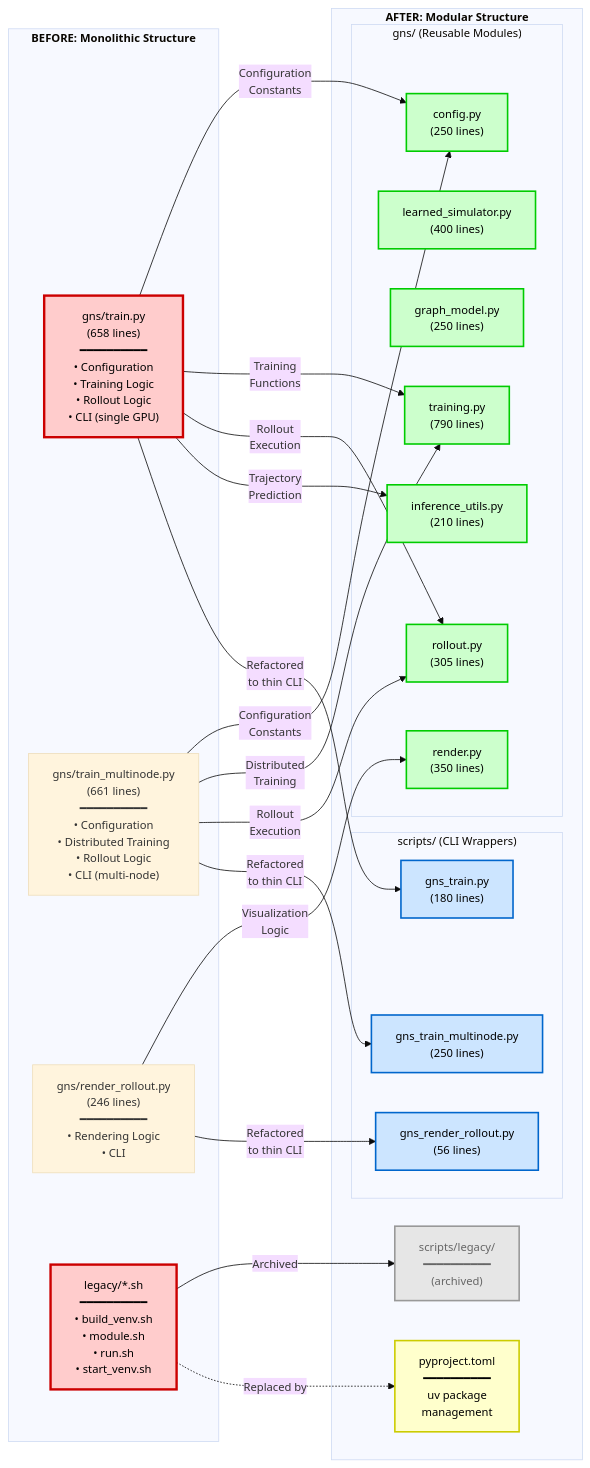
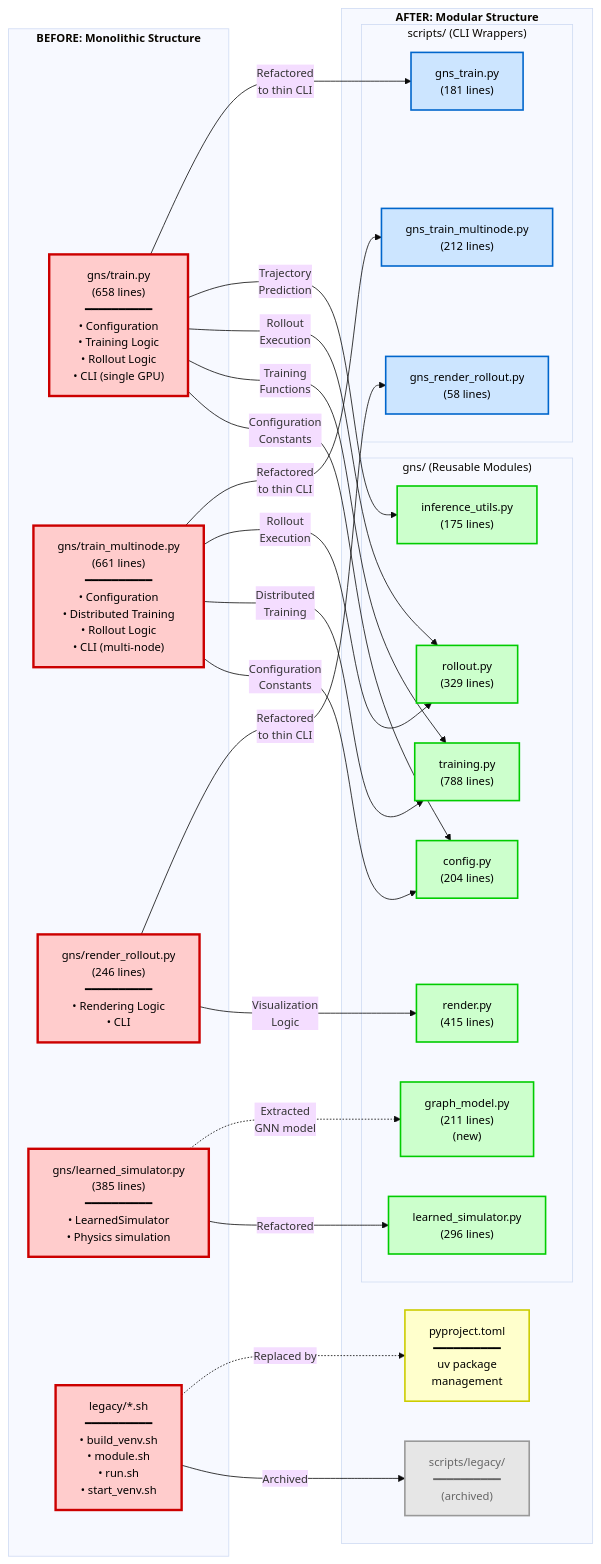
Before and after one commit to nakamoto-masa/gns: the diagram in docs/refactor/structure-migration.md, drawn with Mermaid. The commit also changed other lines of this file, not shown here.

Commit message:
Update structure migration diagram with accurate file information
Corrected the bipartite graph to accurately reflect the refactoring,
showing only files that were actually modified.

BEFORE (4 main files + legacy scripts):
- gns/train.py (658 lines)
- gns/train_multinode.py (661 lines)
- gns/render_rollout.py (246 lines)
- gns/learned_simulator.py (385 lines)
- legacy/*.sh (archived)

AFTER:
- gns/ modules (7 files, 2,418 lines total):
  - config.py (204), learned_simulator.py (296)
  - graph_model.py (211, newly created)
  - training.py (788), rollout.py (329)
  - inference_utils.py (175), render.py (415)
- scripts/ CLI wrappers (3 files, 451 lines total):
  - gns_train.py (181), gns_train_multinode.py (212)
  - gns_render_rollout.py (58)

Key clarifications:
- All line counts match actual current files
- graph_network.py removed from diagram (unchanged, not part of refactoring)
- graph_model.py is newly created (GNN extracted from learned_simulator.py)
- Updated arrows to show model architecture refactoring correctly
- Focus on structural changes only

````diff
--- a/docs/refactor/structure-migration.md
+++ b/docs/refactor/structure-migration.md
@@ -7,69 +7,74 @@
 ```mermaid
 %%{init: {'theme':'base', 'themeVariables': { 'fontSize':'14px'}}}%%
 graph LR
     subgraph BEFORE["<b>BEFORE: Monolithic Structure</b>"]
         OLD_TRAIN["gns/train.py<br/>(658 lines)<br/>━━━━━━━━━━<br/>• Configuration<br/>• Training Logic<br/>• Rollout Logic<br/>• CLI (single GPU)"]
         OLD_TRAIN_MULTI["gns/train_multinode.py<br/>(661 lines)<br/>━━━━━━━━━━<br/>• Configuration<br/>• Distributed Training<br/>• Rollout Logic<br/>• CLI (multi-node)"]
         OLD_RENDER["gns/render_rollout.py<br/>(246 lines)<br/>━━━━━━━━━━<br/>• Rendering Logic<br/>• CLI"]
+        OLD_SIMULATOR["gns/learned_simulator.py<br/>(385 lines)<br/>━━━━━━━━━━<br/>• LearnedSimulator<br/>• Physics simulation"]
         OLD_LEGACY["legacy/*.sh<br/>━━━━━━━━━━<br/>• build_venv.sh<br/>• module.sh<br/>• run.sh<br/>• start_venv.sh"]
     end
 
     subgraph AFTER["<b>AFTER: Modular Structure</b>"]
         subgraph GNS["gns/ (Reusable Modules)"]
-            NEW_CONFIG["config.py<br/>(250 lines)"]
-            NEW_SIMULATOR["learned_simulator.py<br/>(400 lines)"]
-            NEW_GRAPH["graph_model.py<br/>(250 lines)"]
-            NEW_TRAINING["training.py<br/>(790 lines)"]
-            NEW_ROLLOUT["rollout.py<br/>(305 lines)"]
-            NEW_INFERENCE["inference_utils.py<br/>(210 lines)"]
-            NEW_RENDER["render.py<br/>(350 lines)"]
+            NEW_CONFIG["config.py<br/>(204 lines)"]
+            NEW_SIMULATOR["learned_simulator.py<br/>(296 lines)"]
+            NEW_GRAPH_MODEL["graph_model.py<br/>(211 lines)<br/>(new)"]
+            NEW_TRAINING["training.py<br/>(788 lines)"]
+            NEW_ROLLOUT["rollout.py<br/>(329 lines)"]
+            NEW_INFERENCE["inference_utils.py<br/>(175 lines)"]
+            NEW_RENDER["render.py<br/>(415 lines)"]
         end
 
         subgraph SCRIPTS["scripts/ (CLI Wrappers)"]
-            NEW_TRAIN_CLI["gns_train.py<br/>(180 lines)"]
-            NEW_TRAIN_MULTI["gns_train_multinode.py<br/>(250 lines)"]
-            NEW_RENDER_CLI["gns_render_rollout.py<br/>(56 lines)"]
+            NEW_TRAIN_CLI["gns_train.py<br/>(181 lines)"]
+            NEW_TRAIN_MULTI["gns_train_multinode.py<br/>(212 lines)"]
+            NEW_RENDER_CLI["gns_render_rollout.py<br/>(58 lines)"]
         end
 
         NEW_PYPROJECT["pyproject.toml<br/>━━━━━━━━━━<br/>uv package<br/>management"]
         NEW_ARCHIVED["scripts/legacy/<br/>━━━━━━━━━━<br/>(archived)"]
     end
 
     %% Configuration (from both train scripts)
     OLD_TRAIN -->|"Configuration<br/>Constants"| NEW_CONFIG
     OLD_TRAIN_MULTI -->|"Configuration<br/>Constants"| NEW_CONFIG
+
+    %% Model Architecture Refactoring
+    OLD_SIMULATOR -->|"Refactored"| NEW_SIMULATOR
+    OLD_SIMULATOR -.->|"Extracted<br/>GNN model"| NEW_GRAPH_MODEL
 
     %% Training Logic
     OLD_TRAIN -->|"Training<br/>Functions"| NEW_TRAINING
     OLD_TRAIN_MULTI -->|"Distributed<br/>Training"| NEW_TRAINING
 
     %% Rollout/Inference
     OLD_TRAIN -->|"Rollout<br/>Execution"| NEW_ROLLOUT
     OLD_TRAIN -->|"Trajectory<br/>Prediction"| NEW_INFERENCE
     OLD_TRAIN_MULTI -->|"Rollout<br/>Execution"| NEW_ROLLOUT
 
     %% Rendering
     OLD_RENDER -->|"Visualization<br/>Logic"| NEW_RENDER
 
     %% CLI Wrappers
     OLD_TRAIN -->|"Refactored<br/>to thin CLI"| NEW_TRAIN_CLI
     OLD_TRAIN_MULTI -->|"Refactored<br/>to thin CLI"| NEW_TRAIN_MULTI
     OLD_RENDER -->|"Refactored<br/>to thin CLI"| NEW_RENDER_CLI
 
     %% Environment
     OLD_LEGACY -->|"Archived"| NEW_ARCHIVED
     OLD_LEGACY -.->|"Replaced by"| NEW_PYPROJECT
 
     %% Styling
     classDef oldStyle fill:#ffcccc,stroke:#cc0000,stroke-width:3px,color:#000
     classDef newModuleStyle fill:#ccffcc,stroke:#00cc00,stroke-width:2px,color:#000
     classDef newCLIStyle fill:#cce5ff,stroke:#0066cc,stroke-width:2px,color:#000
     classDef newConfigStyle fill:#ffffcc,stroke:#cccc00,stroke-width:2px,color:#000
     classDef archivedStyle fill:#e6e6e6,stroke:#999999,stroke-width:2px,color:#666
 
-    class OLD_TRAIN,OLD_LEGACY oldStyle
-    class NEW_CONFIG,NEW_SIMULATOR,NEW_GRAPH,NEW_TRAINING,NEW_ROLLOUT,NEW_INFERENCE,NEW_RENDER newModuleStyle
+    class OLD_TRAIN,OLD_TRAIN_MULTI,OLD_RENDER,OLD_SIMULATOR,OLD_LEGACY oldStyle
+    class NEW_CONFIG,NEW_SIMULATOR,NEW_GRAPH_MODEL,NEW_TRAINING,NEW_ROLLOUT,NEW_INFERENCE,NEW_RENDER newModuleStyle
     class NEW_TRAIN_CLI,NEW_TRAIN_MULTI,NEW_RENDER_CLI newCLIStyle
     class NEW_PYPROJECT newConfigStyle
     class NEW_ARCHIVED archivedStyle
 ```
````
